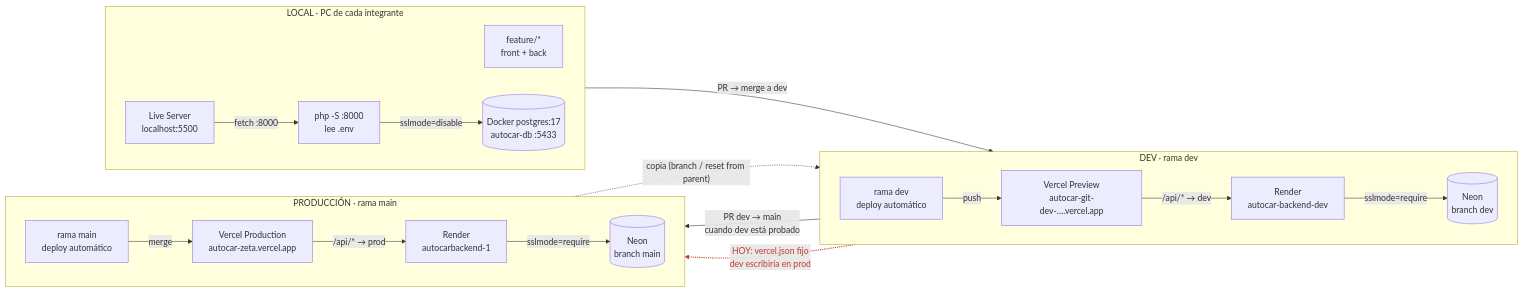
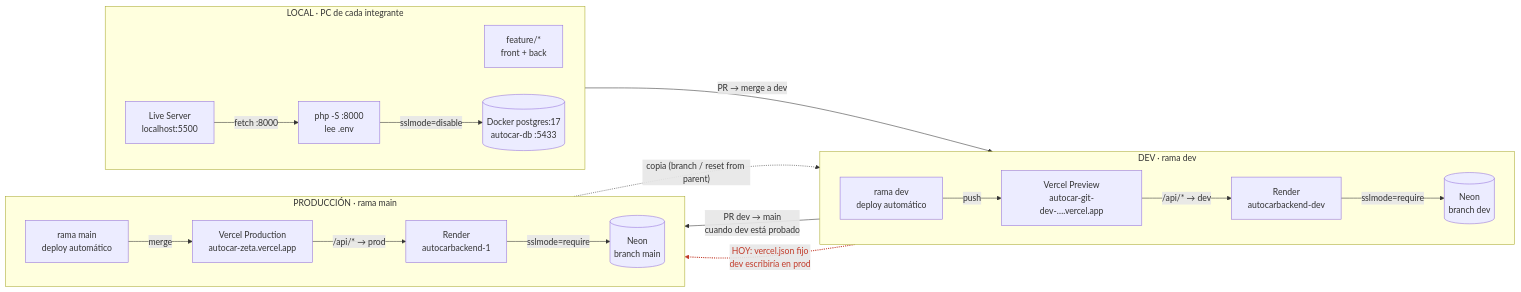
One commit to Fedekasparian/AutoCar changed the first of 5 diagrams in infraestructura.md. Above: the diagram before and after it, drawn with Mermaid. The commit also changed other lines of this file, not shown here.

Commit message:
docs(infra): agregar URL del back de dev en Render (autocarbackend-dev.onrender.com)

````diff
--- a/infraestructura.md
+++ b/infraestructura.md
@@ -22,41 +22,41 @@
 ```mermaid
 flowchart LR
     subgraph LOCAL["LOCAL · PC de cada integrante"]
         direction LR
         LC["feature/*<br/>front + back"]
         LF["Live Server<br/>localhost:5500"]
         LA["php -S :8000<br/>lee .env"]
         LD[("Docker postgres:17<br/>autocar-db :5433")]
         LF -- "fetch :8000" --> LA
         LA -- "sslmode=disable" --> LD
     end
 
     subgraph DEV["DEV · rama dev"]
         direction LR
         DC["rama dev<br/>deploy automático"]
         DF["Vercel Preview<br/>autocar-git-dev-….vercel.app"]
-        DA["Render<br/>autocar-backend-dev"]
+        DA["Render<br/>autocarbackend-dev"]
         DD[("Neon<br/>branch dev")]
         DC -- "push" --> DF
         DF -- "/api/* → dev" --> DA
         DA -- "sslmode=require" --> DD
     end
 
     subgraph PROD["PRODUCCIÓN · rama main"]
         direction LR
         PC["rama main<br/>deploy automático"]
         PF["Vercel Production<br/>autocar-zeta.vercel.app"]
         PA["Render<br/>autocarbackend-1"]
         PD[("Neon<br/>branch main")]
         PC -- "merge" --> PF
         PF -- "/api/* → prod" --> PA
         PA -- "sslmode=require" --> PD
     end
 
     LC -- "PR → merge a dev" --> DC
     DC -- "PR dev → main<br/>cuando dev está probado" --> PC
     PD -. "copia (branch / reset from parent)" .-> DD
     DF -. "HOY: vercel.json fijo<br/>dev escribiría en prod" .-> PA
 
     linkStyle 11 stroke:#c23b2a,stroke-width:2px,color:#c23b2a
 ```
````
